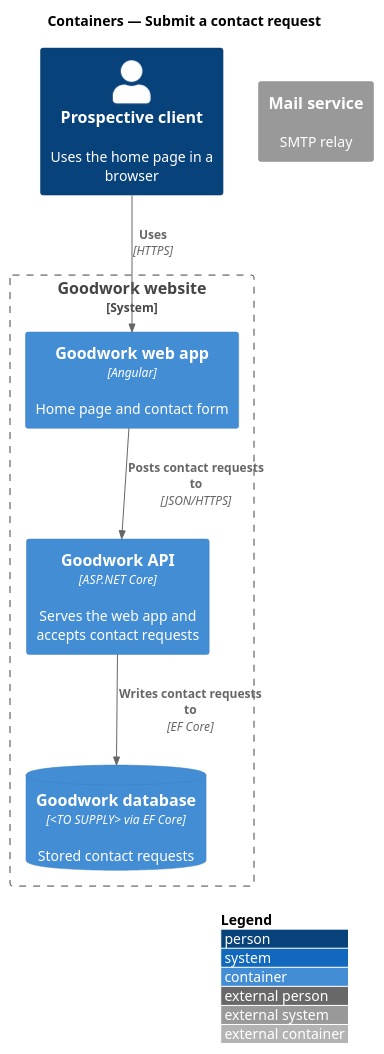
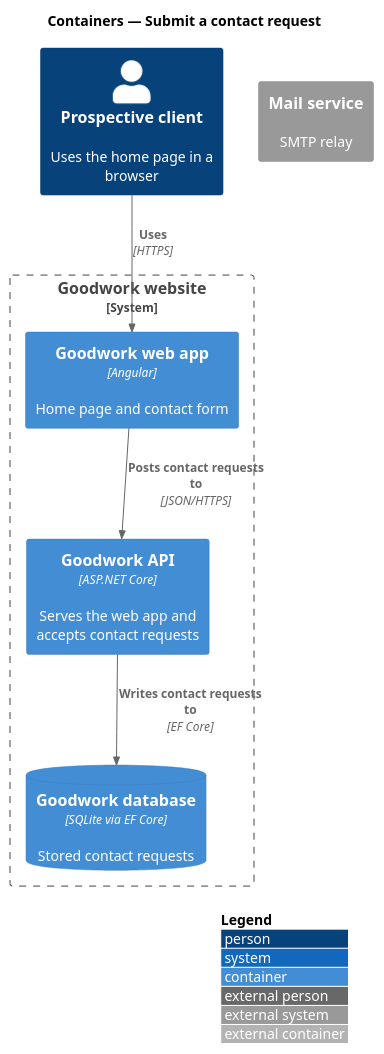
The diagram in docs/detailed-designs/contact/submit-contact-request/diagrams/c4-container.puml (QuinntyneBrown/goodwork), drawn with PlantUML before and after one commit. The commit also changed 196 other files, not shown here.

```diff
--- a/docs/detailed-designs/contact/submit-contact-request/diagrams/c4-container.puml
+++ b/docs/detailed-designs/contact/submit-contact-request/diagrams/c4-container.puml
@@ -1,16 +1,16 @@
 @startuml
 !include <C4/C4_Container>
 LAYOUT_WITH_LEGEND()
 title Containers — Submit a contact request
 
 Person(visitor, "Prospective client", "Uses the home page in a browser")
 System_Boundary(goodwork, "Goodwork website") {
   Container(spa, "Goodwork web app", "Angular", "Home page and contact form")
   Container(api, "Goodwork API", "ASP.NET Core", "Serves the web app and accepts contact requests")
-  ContainerDb(db, "Goodwork database", "<TO SUPPLY> via EF Core", "Stored contact requests")
+  ContainerDb(db, "Goodwork database", "SQLite via EF Core", "Stored contact requests")
 }
 System_Ext(mail, "Mail service", "SMTP relay")
 Rel(visitor, spa, "Uses", "HTTPS")
 Rel(spa, api, "Posts contact requests to", "JSON/HTTPS")
 Rel(api, db, "Writes contact requests to", "EF Core")
 @enduml
```
